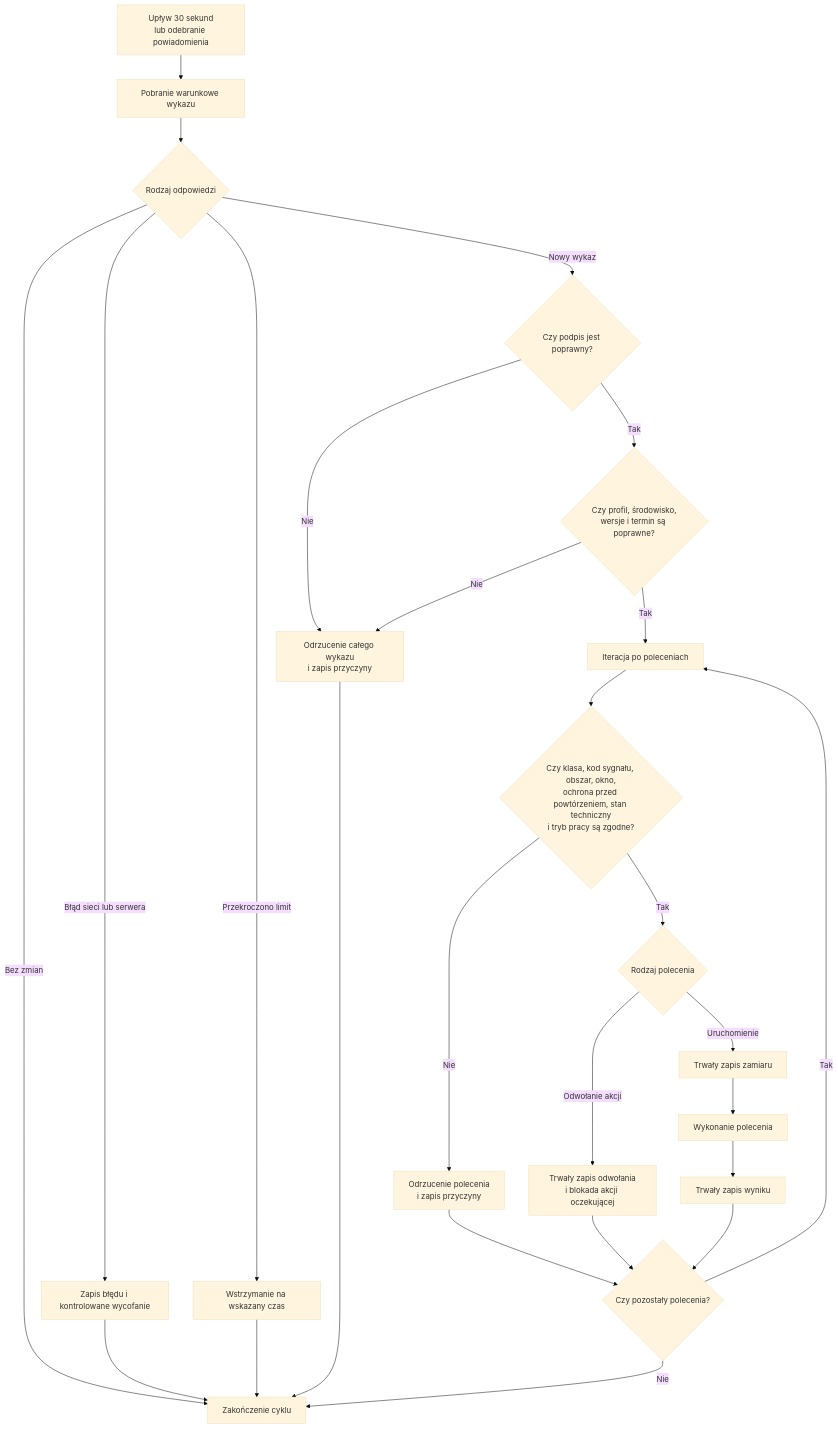
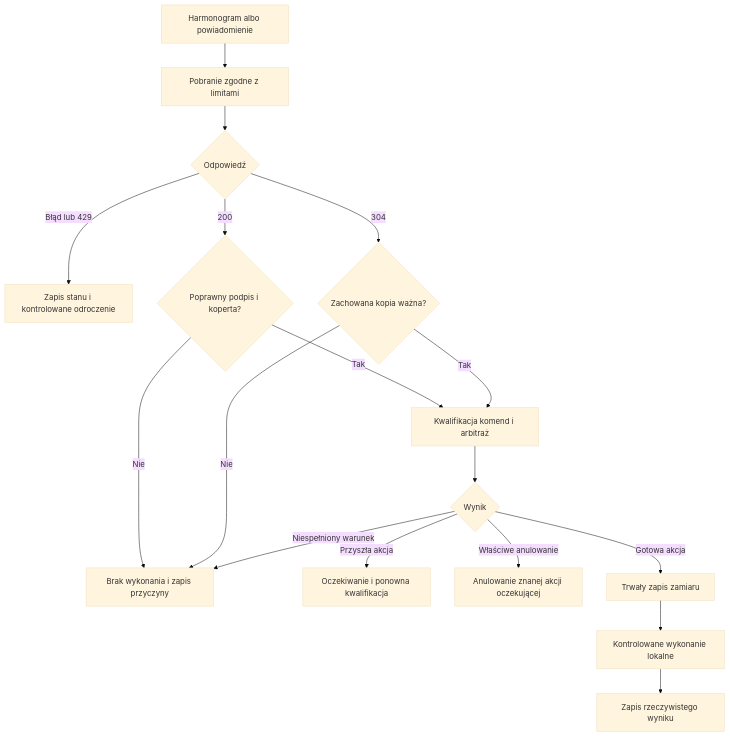
The diagram in zalaczniki/Z6-POZIOM-0-PUBLICZNY-WYKAZ.md (KGPSP/WYTYCZNE_SOIA), drawn with Mermaid (base theme) before and after one commit. The commit also changed other lines of this file and 18 other files, not shown here.

````diff
--- a/zalaczniki/Z6-POZIOM-0-PUBLICZNY-WYKAZ.md
+++ b/zalaczniki/Z6-POZIOM-0-PUBLICZNY-WYKAZ.md
@@ -232,28 +83,19 @@
 ```mermaid
 flowchart TD
-    A[Upływ 30 sekund<br/>lub odebranie powiadomienia] --> B[Pobranie warunkowe wykazu]
-    B --> C{Rodzaj odpowiedzi}
-    C -->|Bez zmian| END[Zakończenie cyklu]
-    C -->|Błąd sieci lub serwera| D[Zapis błędu i kontrolowane wycofanie]
-    D --> END
-    C -->|Przekroczono limit| E[Wstrzymanie na wskazany czas]
-    E --> END
-    C -->|Nowy wykaz| F{Czy podpis jest poprawny?}
-    F -->|Nie| REJ[Odrzucenie całego wykazu<br/>i zapis przyczyny]
-    F -->|Tak| G{Czy profil, środowisko,<br/>wersje i termin są poprawne?}
-    G -->|Nie| REJ
-    G -->|Tak| H[Iteracja po poleceniach]
-    H --> I{Czy klasa, kod sygnału, obszar, okno,<br/>ochrona przed powtórzeniem, stan techniczny<br/>i tryb pracy są zgodne?}
-    I -->|Nie| J[Odrzucenie polecenia<br/>i zapis przyczyny]
-    J --> NEXT{Czy pozostały polecenia?}
-    I -->|Tak| K{Rodzaj polecenia}
-    K -->|Odwołanie akcji| L[Trwały zapis odwołania<br/>i blokada akcji oczekującej]
-    K -->|Uruchomienie| M[Trwały zapis zamiaru]
-    M --> N[Wykonanie polecenia]
-    N --> O[Trwały zapis wyniku]
-    L --> NEXT
-    O --> NEXT
-    NEXT -->|Tak| H
-    NEXT -->|Nie| END
-    REJ --> END
+    A[Harmonogram albo powiadomienie] --> B[Pobranie zgodne z limitami]
+    B --> C{Odpowiedź}
+    C -->|Błąd lub 429| D[Zapis stanu i kontrolowane odroczenie]
+    C -->|304| E{Zachowana kopia ważna?}
+    C -->|200| F{Poprawny podpis i koperta?}
+    F -->|Tak| G[Kwalifikacja komend i arbitraż]
+    F -->|Nie| I
+    E -->|Tak| G
+    E -->|Nie| I
+    G --> H{Wynik}
+    H -->|Niespełniony warunek| I[Brak wykonania i zapis przyczyny]
+    H -->|Przyszła akcja| J[Oczekiwanie i ponowna kwalifikacja]
+    H -->|Właściwe anulowanie| K[Anulowanie znanej akcji oczekującej]
+    H -->|Gotowa akcja| L[Trwały zapis zamiaru]
+    L --> M[Kontrolowane wykonanie lokalne]
+    M --> N[Zapis rzeczywistego wyniku]
 ```
````
